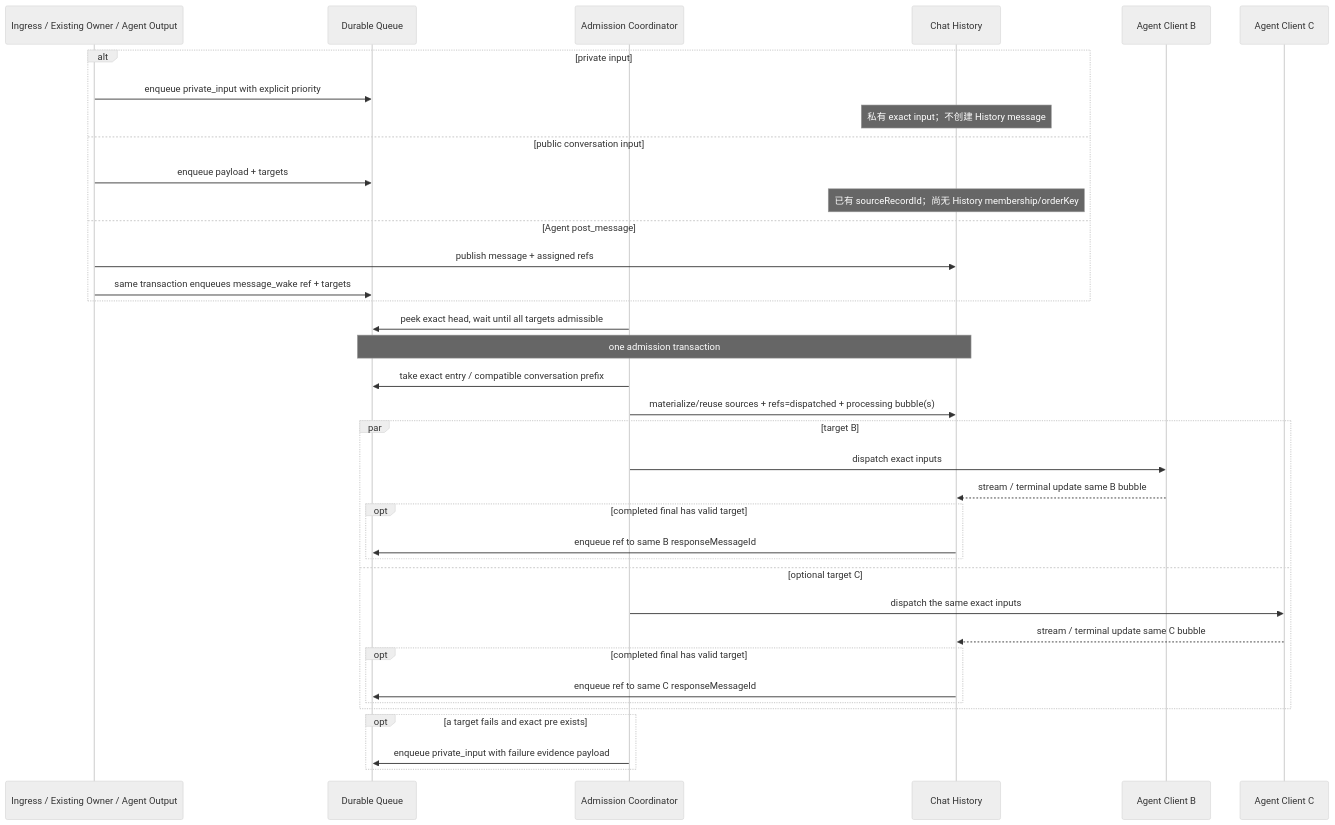
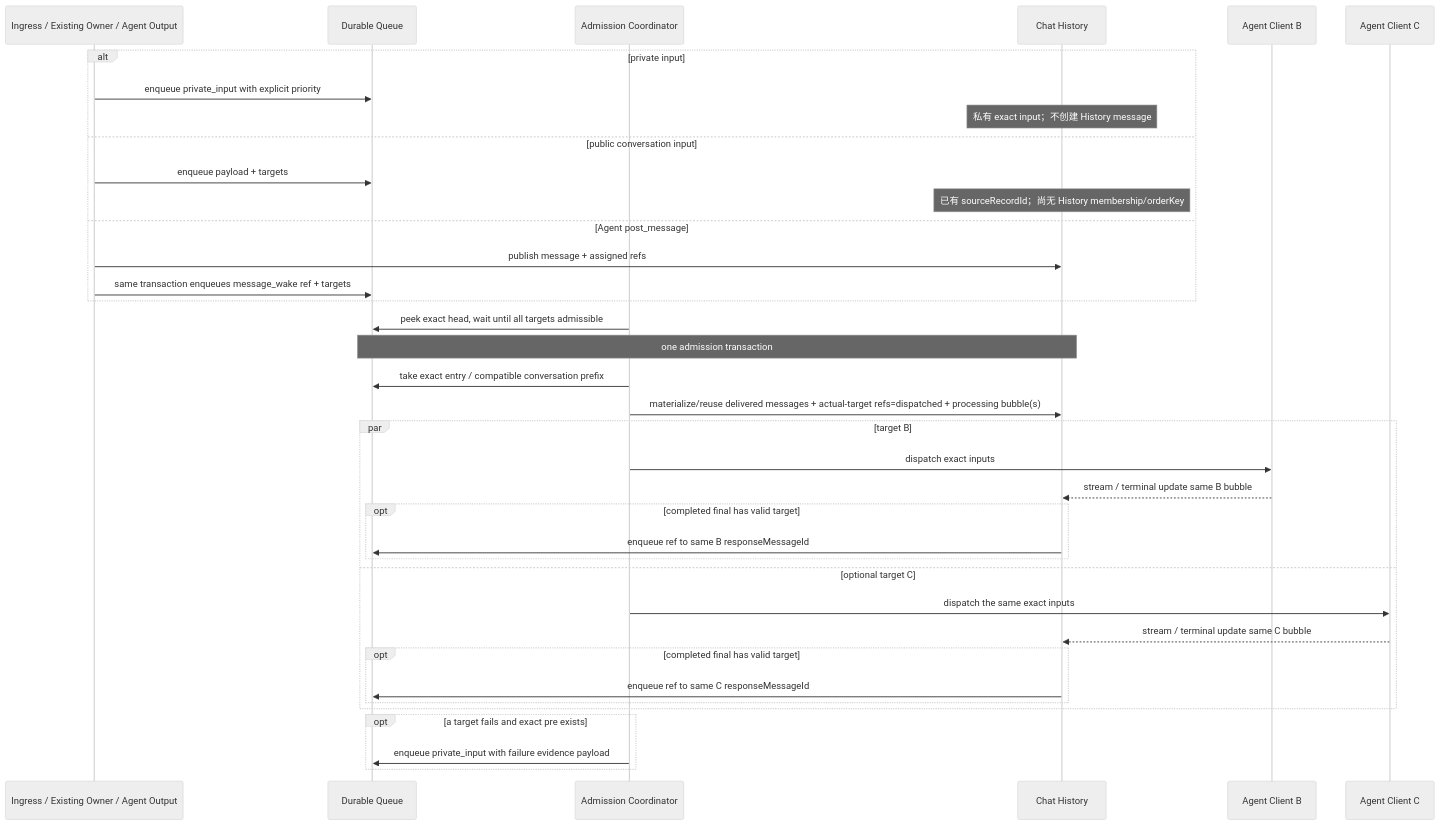
One commit to zts212653/clowder-ai changed the eighth of 8 diagrams in docs/architecture/message-delivery-handling-handoff-audit.md. Above: the diagram before and after it, drawn with Mermaid (neutral theme). The commit also changed other lines of this file, not shown here.

First line of the commit message:
docs: anchor dispatch avatars to delivered messages

````diff
--- a/docs/architecture/message-delivery-handling-handoff-audit.md
+++ b/docs/architecture/message-delivery-handling-handoff-audit.md
@@ -745,40 +746,40 @@
 ```mermaid
 sequenceDiagram
     participant I as Ingress / Existing Owner / Agent Output
     participant Q as Durable Queue
     participant S as Admission Coordinator
     participant H as Chat History
     participant B as Agent Client B
     participant C as Agent Client C
 
     alt private input
         I->>Q: enqueue private_input with explicit priority
         Note over H: 私有 exact input；不创建 History message
     else public conversation input
         I->>Q: enqueue payload + targets
         Note over H: 已有 sourceRecordId；尚无 History membership/orderKey
     else Agent post_message
         I->>H: publish message + assigned refs
         I->>Q: same transaction enqueues message_wake ref + targets
     end
     S->>Q: peek exact head, wait until all targets admissible
     Note over Q,H: one admission transaction
     S->>Q: take exact entry / compatible conversation prefix
-    S->>H: materialize/reuse sources + refs=dispatched + processing bubble(s)
+    S->>H: materialize/reuse delivered messages + actual-target refs=dispatched + processing bubble(s)
     par target B
         S->>B: dispatch exact inputs
         B-->>H: stream / terminal update same B bubble
         opt completed final has valid target
             H->>Q: enqueue ref to same B responseMessageId
         end
     and optional target C
         S->>C: dispatch the same exact inputs
         C-->>H: stream / terminal update same C bubble
         opt completed final has valid target
             H->>Q: enqueue ref to same C responseMessageId
         end
     end
     opt a target fails and exact pre exists
         S->>Q: enqueue private_input with failure evidence payload
     end
 ```
````
